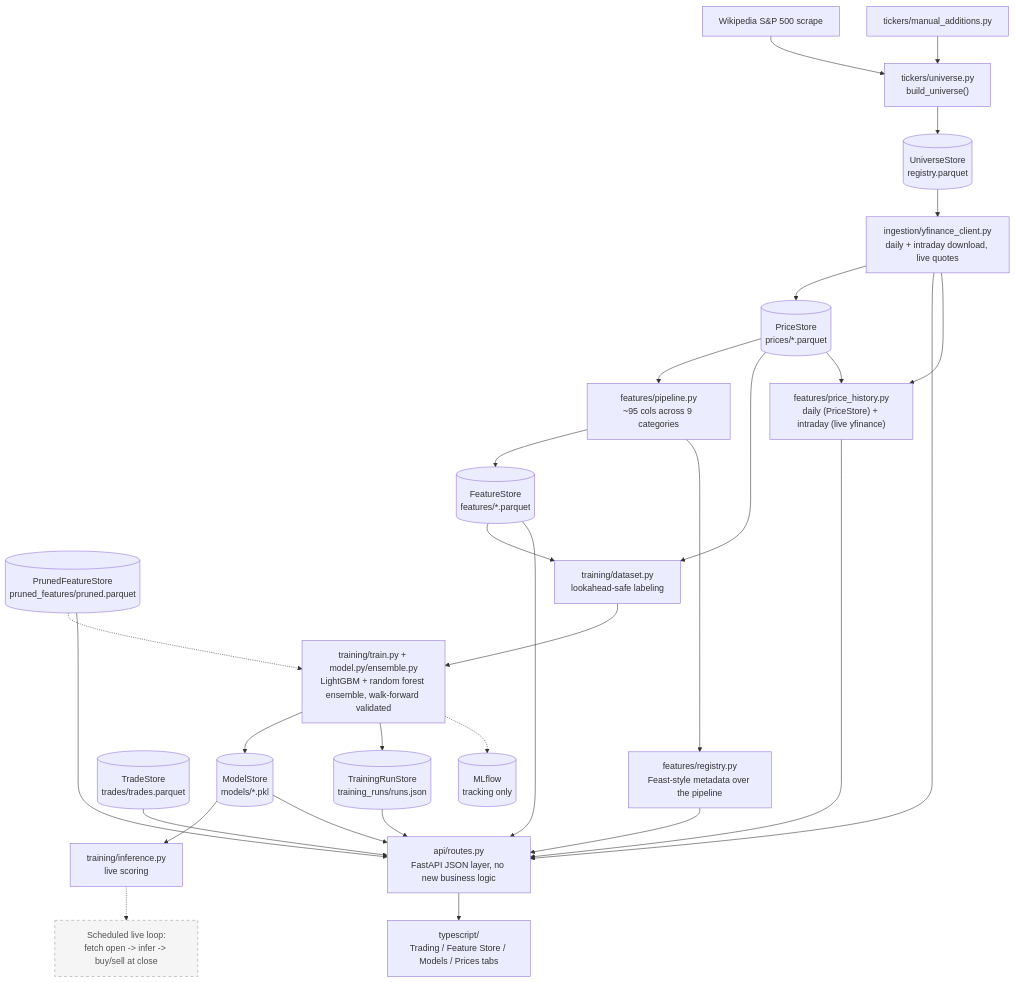
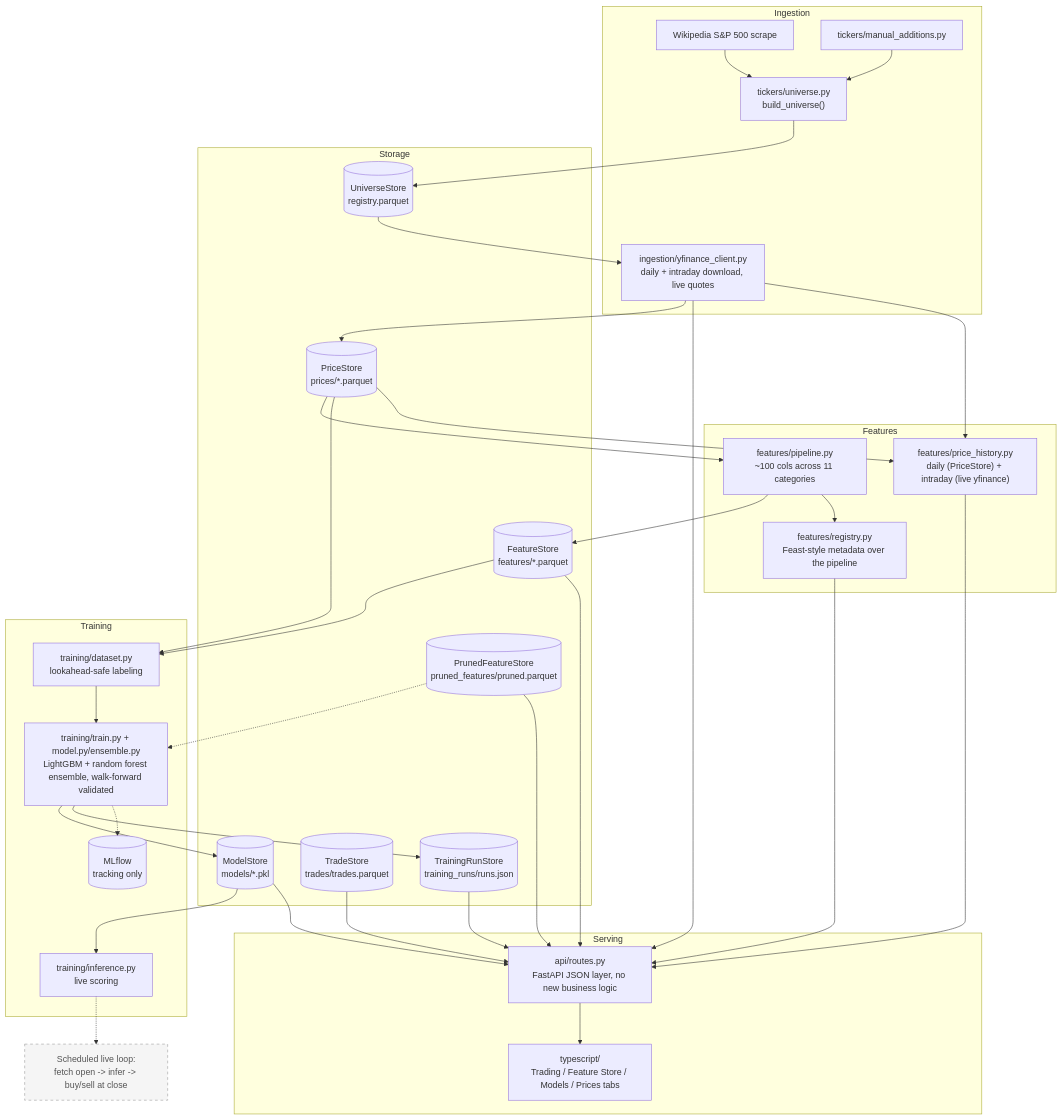
The diagram in README.md (fartzy/stock-picker), drawn with Mermaid before and after one commit. The commit also changed other lines of this file, not shown here.

````diff
--- a/README.md
+++ b/README.md
@@ -13,62 +14,71 @@
 ```mermaid
 flowchart TB
-    WIKI["Wikipedia S&amp;P 500 scrape"]
-    MANUAL["tickers/manual_additions.py"]
-    BUILDUNIV["tickers/universe.py<br/>build_universe()"]
-    YF["ingestion/yfinance_client.py<br/>daily + intraday download, live quotes"]
+    subgraph Ingestion
+        WIKI["Wikipedia S&amp;P 500 scrape"]
+        MANUAL["tickers/manual_additions.py"]
+        BUILDUNIV["tickers/universe.py<br/>build_universe()"]
+        YF["ingestion/yfinance_client.py<br/>daily + intraday download, live quotes"]
+    end
 
-    US[("UniverseStore<br/>registry.parquet")]
-    PS[("PriceStore<br/>prices/*.parquet")]
-    FS[("FeatureStore<br/>features/*.parquet")]
-    MS[("ModelStore<br/>models/*.pkl")]
-    TS[("TradeStore<br/>trades/trades.parquet")]
-    PFS[("PrunedFeatureStore<br/>pruned_features/pruned.parquet")]
-    TRS[("TrainingRunStore<br/>training_runs/runs.json")]
+    subgraph Storage
+        US[("UniverseStore<br/>registry.parquet")]
+        PS[("PriceStore<br/>prices/*.parquet")]
+        FS[("FeatureStore<br/>features/*.parquet")]
+        MS[("ModelStore<br/>models/*.pkl")]
+        TS[("TradeStore<br/>trades/trades.parquet")]
+        PFS[("PrunedFeatureStore<br/>pruned_features/pruned.parquet")]
+        TRS[("TrainingRunStore<br/>training_runs/runs.json")]
+    end
 
-    FEATPIPE["features/pipeline.py<br/>~95 cols across 9 categories"]
-    REGISTRY["features/registry.py<br/>Feast-style metadata over the pipeline"]
+    subgraph Features
+        FEATPIPE["features/pipeline.py<br/>~100 cols across 11 categories"]
+        REGISTRY["features/registry.py<br/>Feast-style metadata over the pipeline"]
+        PRICEHIST["features/price_history.py<br/>daily (PriceStore) + intraday (live yfinance)"]
+    end
 
-    DATASET["training/dataset.py<br/>lookahead-safe labeling"]
-    TRAIN["training/train.py + model.py/ensemble.py<br/>LightGBM + random forest ensemble, walk-forward validated"]
-    INFER["training/inference.py<br/>live scoring"]
-    MLFLOW[("MLflow<br/>tracking only")]
+    subgraph Training
+        DATASET["training/dataset.py<br/>lookahead-safe labeling"]
+        TRAIN["training/train.py + model.py/ensemble.py<br/>LightGBM + random forest ensemble, walk-forward validated"]
+        INFER["training/inference.py<br/>live scoring"]
+        MLFLOW[("MLflow<br/>tracking only")]
+    end
 
-    API["api/routes.py<br/>FastAPI JSON layer, no new business logic"]
-    WEB["typescript/<br/>Trading / Feature Store / Models / Prices tabs"]
-    PRICEHIST["features/price_history.py<br/>daily (PriceStore) + intraday (live yfinance)"]
+    subgraph Serving
+        API["api/routes.py<br/>FastAPI JSON layer, no new business logic"]
+        WEB["typescript/<br/>Trading / Feature Store / Models / Prices tabs"]
+    end
+
+    LIVE["Scheduled live loop:<br/>fetch open -> infer -> buy/sell at close"]
 
     WIKI --> BUILDUNIV
     MANUAL --> BUILDUNIV
     BUILDUNIV --> US
     US --> YF
     YF --> PS
     PS --> FEATPIPE
     FEATPIPE --> FS
     PS --> DATASET
     FS --> DATASET
     DATASET --> TRAIN
     TRAIN --> MS
     TRAIN --> TRS
     TRAIN -.-> MLFLOW
     MS --> INFER
     PFS -.-> TRAIN
     FEATPIPE --> REGISTRY
     FS --> API
     REGISTRY --> API
     TS --> API
     PFS --> API
     YF --> API
     MS --> API
     TRS --> API
     PS --> PRICEHIST
     YF --> PRICEHIST
     PRICEHIST --> API
     API --> WEB
-
-    LIVE["Scheduled live loop:<br/>fetch open -> infer -> buy/sell at close"]
-
     INFER -.-> LIVE
 
     classDef planned stroke-dasharray: 5 5,fill:#f5f5f5,stroke:#999,color:#555;
     class LIVE planned;
 ```
````
